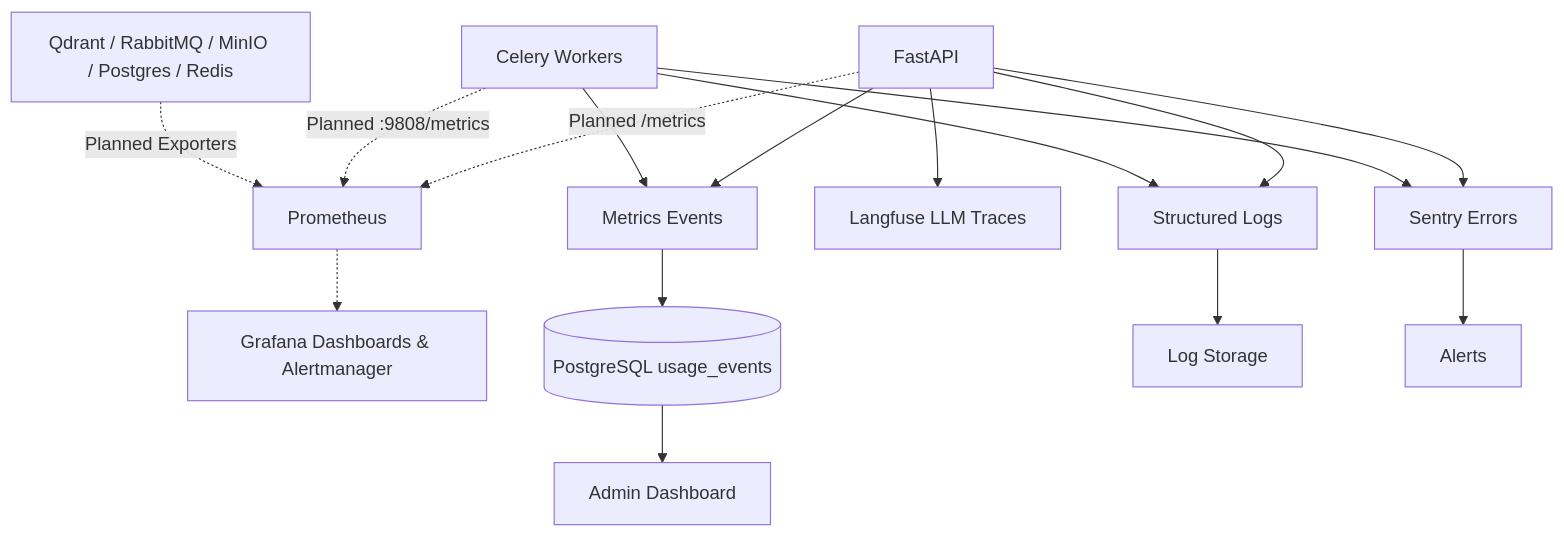
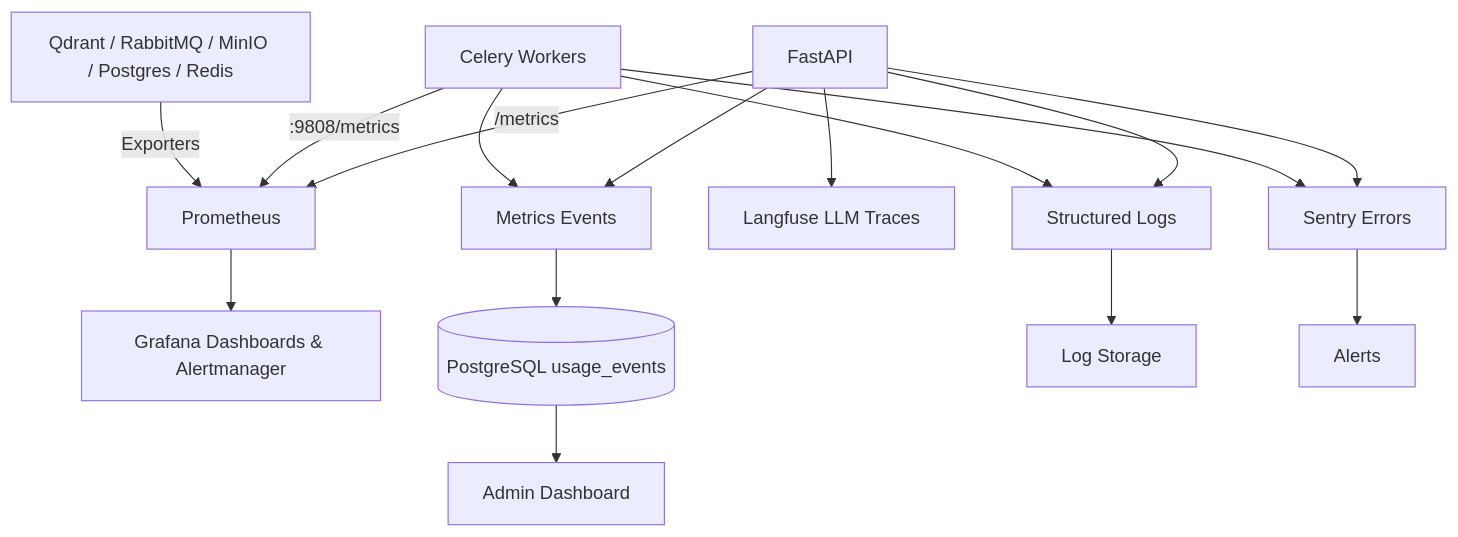
The second of 2 diagrams in docs/12_EVALUATION_AND_MONITORING.md (meghrazchi/rudix), drawn with Mermaid before and after one commit. The commit also changed other lines of this file and 2 other files, not shown here.

Commit message:
docs: document configuration defaults, zero-config setup, and pipeline variables for prometheus and grafana

````diff
--- a/docs/12_EVALUATION_AND_MONITORING.md
+++ b/docs/12_EVALUATION_AND_MONITORING.md
@@ -168,18 +168,18 @@
 ```mermaid
 flowchart TD
     API[FastAPI] --> Logs[Structured Logs]
     Worker[Celery Workers] --> Logs
     API --> Sentry[Sentry Errors]
     Worker --> Sentry
     API --> Langfuse[Langfuse LLM Traces]
     API --> Metrics[Metrics Events]
     Worker --> Metrics
-    API -.->|Planned /metrics| Prom[Prometheus]
-    Worker -.->|Planned :9808/metrics| Prom
-    Infra[Qdrant / RabbitMQ / MinIO / Postgres / Redis] -.->|Planned Exporters| Prom
-    Prom -.-> Grafana[Grafana Dashboards & Alertmanager]
+    API -->|/metrics| Prom[Prometheus]
+    Worker -->|:9808/metrics| Prom
+    Infra[Qdrant / RabbitMQ / MinIO / Postgres / Redis] -->|Exporters| Prom
+    Prom --> Grafana[Grafana Dashboards & Alertmanager]
     Metrics --> DB[(PostgreSQL usage_events)]
     Logs --> LogStore[Log Storage]
     Sentry --> Alerts[Alerts]
     DB --> Dashboard[Admin Dashboard]
 ```
````
